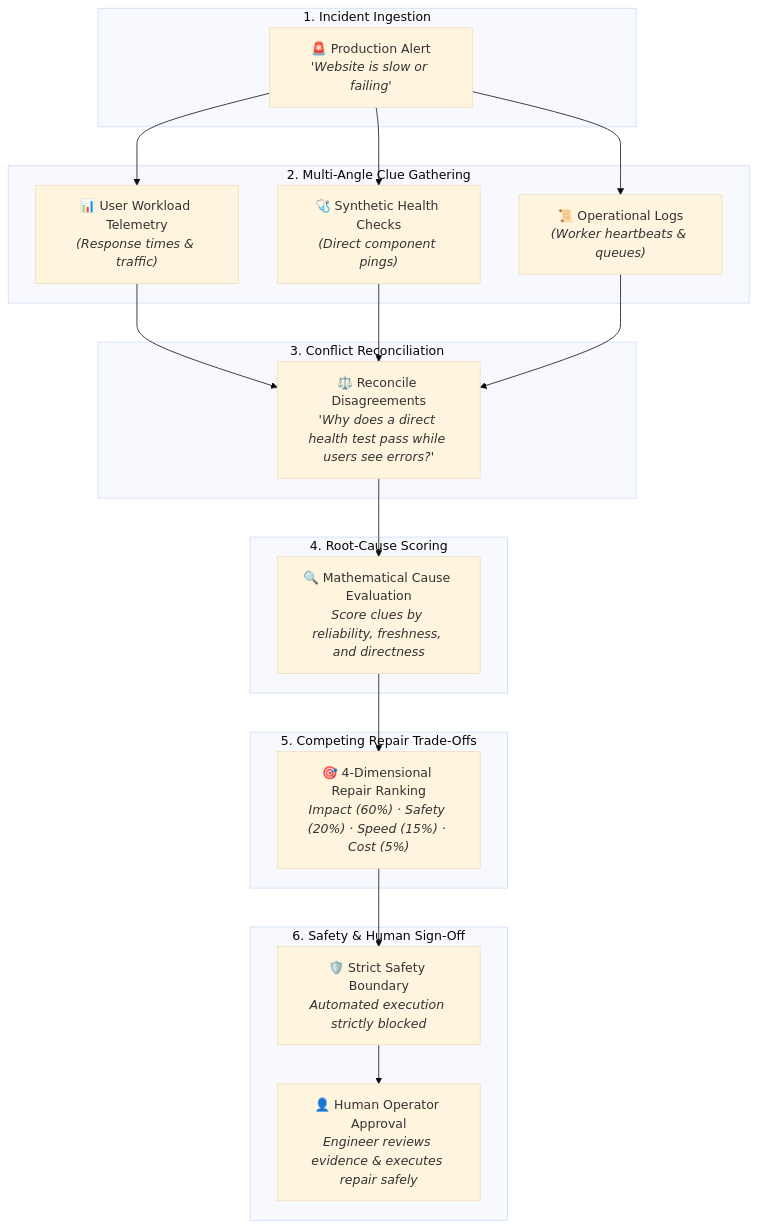
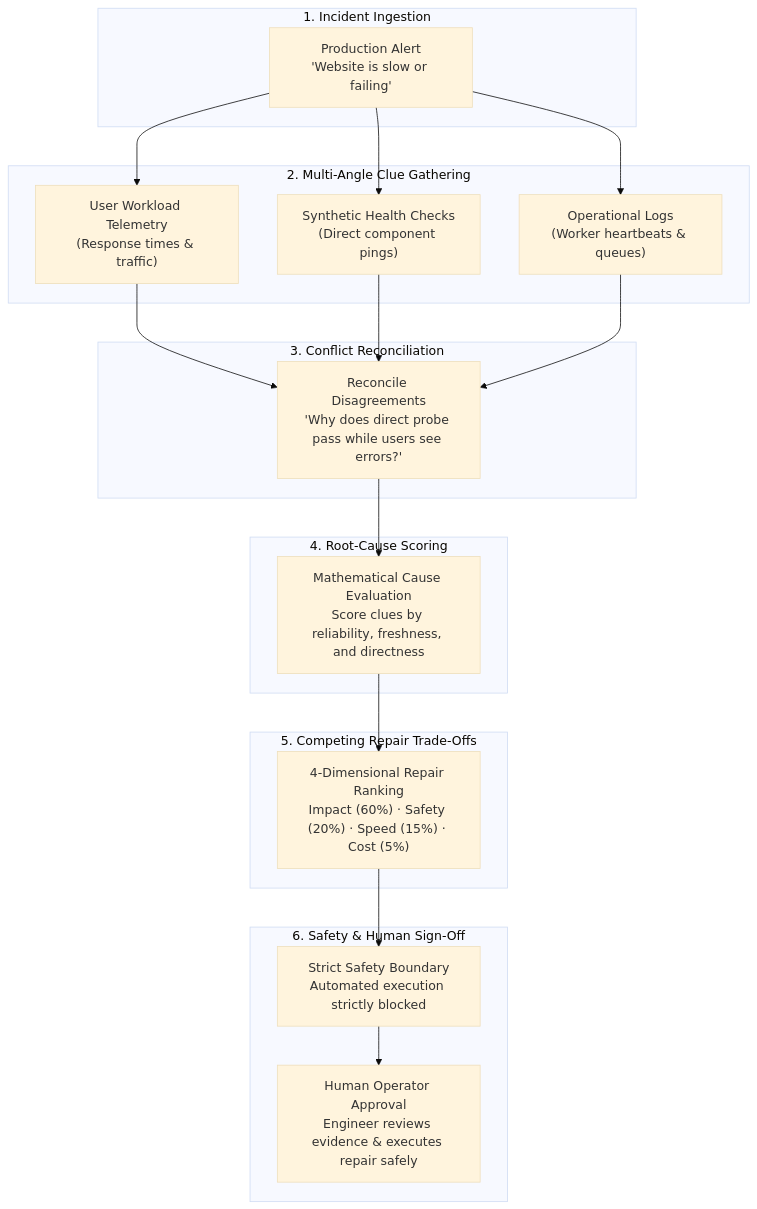
The first of 3 diagrams in README.md (AnasBabari/LEC_AI), drawn with Mermaid (base theme) before and after one commit. The commit also changed other lines of this file, not shown here.

First line of the commit message:
docs(readme): sanitize Mermaid diagrams for full GitHub markdown renderer compatibility

````diff
--- a/README.md
+++ b/README.md
@@ -90,35 +90,42 @@
 ```mermaid
 flowchart TD
     subgraph Step1["1. Incident Ingestion"]
-        Alert["🚨 Production Alert<br/><i>'Website is slow or failing'</i>"]
+        Alert["Production Alert<br/>'Website is slow or failing'"]
     end
 
     subgraph Step2["2. Multi-Angle Clue Gathering"]
-        T["📊 User Workload Telemetry<br/><i>(Response times & traffic)</i>"]
-        P["🩺 Synthetic Health Checks<br/><i>(Direct component pings)</i>"]
-        E["📜 Operational Logs<br/><i>(Worker heartbeats & queues)</i>"]
+        T["User Workload Telemetry<br/>(Response times & traffic)"]
+        P["Synthetic Health Checks<br/>(Direct component pings)"]
+        E["Operational Logs<br/>(Worker heartbeats & queues)"]
     end
 
     subgraph Step3["3. Conflict Reconciliation"]
-        Reconcile["⚖️ Reconcile Disagreements<br/><i>'Why does a direct health test pass while users see errors?'</i>"]
+        Reconcile["Reconcile Disagreements<br/>'Why does direct probe pass while users see errors?'"]
     end
 
     subgraph Step4["4. Root-Cause Scoring"]
-        Score["🔍 Mathematical Cause Evaluation<br/><i>Score clues by reliability, freshness, and directness</i>"]
+        Score["Mathematical Cause Evaluation<br/>Score clues by reliability, freshness, and directness"]
     end
 
     subgraph Step5["5. Competing Repair Trade-Offs"]
-        Rank["🎯 4-Dimensional Repair Ranking<br/><i>Impact (60%) · Safety (20%) · Speed (15%) · Cost (5%)</i>"]
+        Rank["4-Dimensional Repair Ranking<br/>Impact (60%) · Safety (20%) · Speed (15%) · Cost (5%)"]
     end
 
     subgraph Step6["6. Safety & Human Sign-Off"]
-        Gate["🛡️ Strict Safety Boundary<br/><i>Automated execution strictly blocked</i>"]
-        Human["👤 Human Operator Approval<br/><i>Engineer reviews evidence & executes repair safely</i>"]
+        Gate["Strict Safety Boundary<br/>Automated execution strictly blocked"]
+        Human["Human Operator Approval<br/>Engineer reviews evidence & executes repair safely"]
     end
 
-    Alert --> T & P & E
-    T & P & E --> Reconcile
+    Alert --> T
+    Alert --> P
+    Alert --> E
+
+    T --> Reconcile
+    P --> Reconcile
+    E --> Reconcile
+
     Reconcile --> Score
     Score --> Rank
-    Rank --> Gate --> Human
+    Rank --> Gate
+    Gate --> Human
 ```
````
